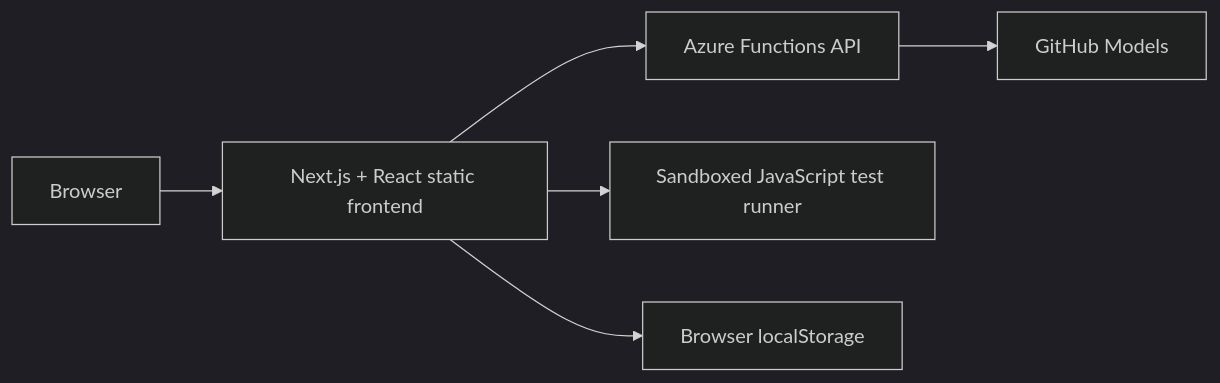
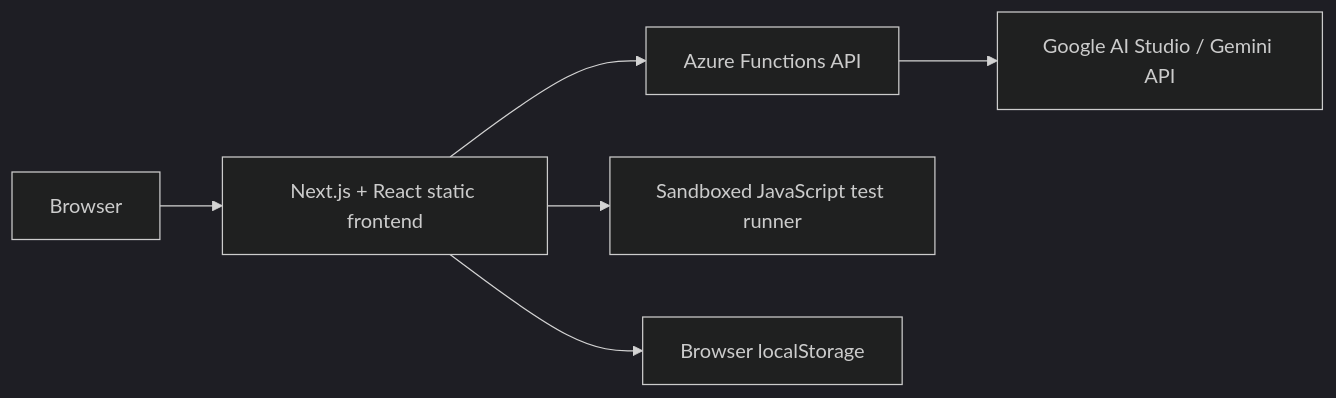
The diagram in README.md (BIngram17/InterviewIQ-Live-Demo), drawn with Mermaid (dark theme) before and after one commit. The commit also changed other lines of this file and 10 other files, not shown here.

First line of the commit message:
Migrate InterviewIQ from GitHub Models to Gemini (#1)

````diff
--- a/README.md
+++ b/README.md
@@ -41,15 +41,15 @@
 ```mermaid
 flowchart LR
     U["Browser"]
     UI["Next.js + React static frontend"]
     API["Azure Functions API"]
-    AI["GitHub Models"]
+    AI["Google AI Studio / Gemini API"]
     RUNNER["Sandboxed JavaScript test runner"]
     STORE["Browser localStorage"]
 
     U --> UI
     UI --> API
     API --> AI
     UI --> RUNNER
     UI --> STORE
 ```
````
